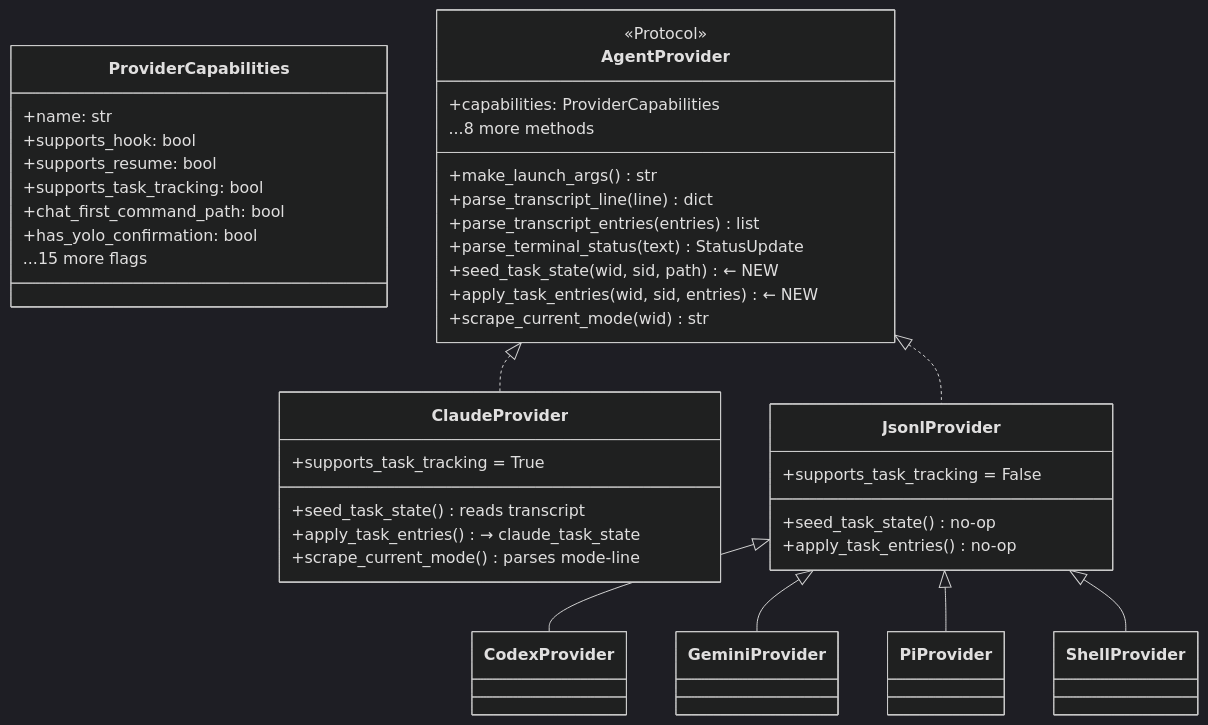
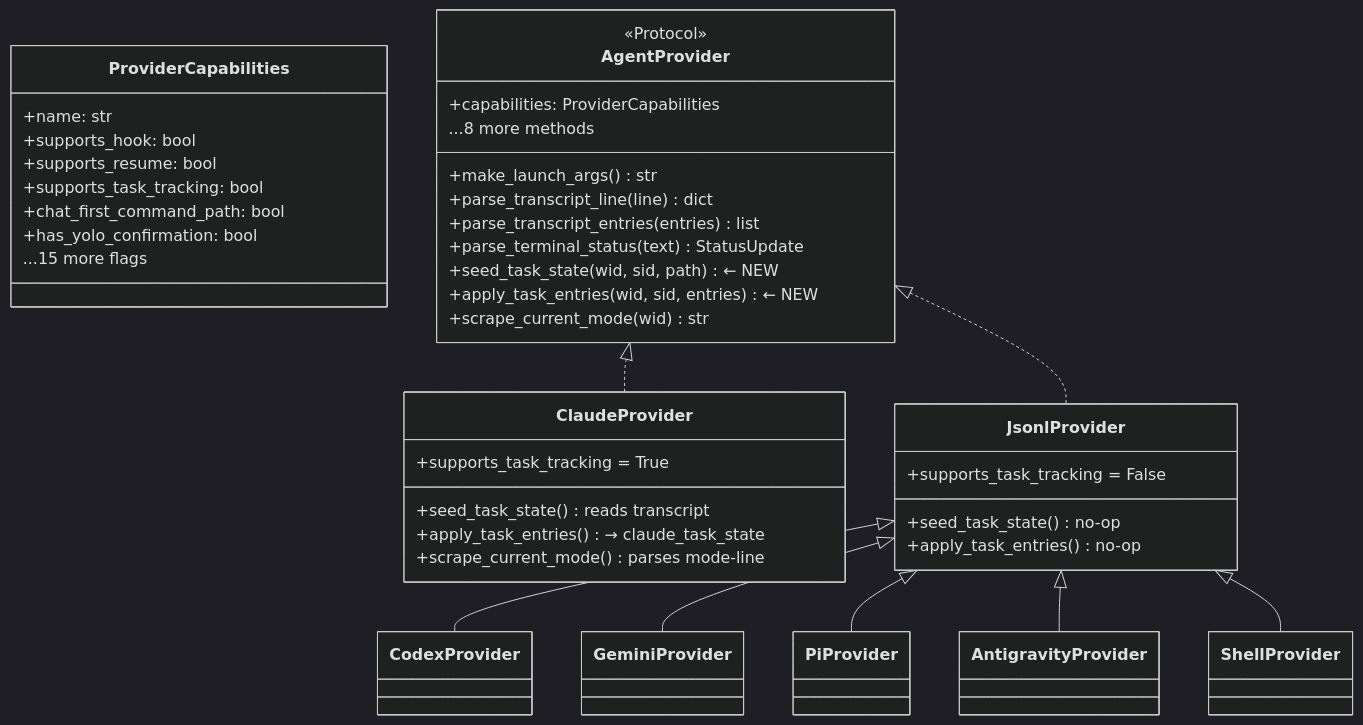
Before and after one commit to alexei-led/ccgram: the fourth of 8 diagrams in docs/architecture.md, drawn with Mermaid (dark theme). The commit also changed other lines of this file and 5 other files, not shown here.

````diff
--- a/docs/architecture.md
+++ b/docs/architecture.md
@@ -167,50 +167,52 @@
 ```mermaid
 classDiagram
     class ProviderCapabilities {
         +name: str
         +supports_hook: bool
         +supports_resume: bool
         +supports_task_tracking: bool
         +chat_first_command_path: bool
         +has_yolo_confirmation: bool
         ...15 more flags
     }
 
     class AgentProvider {
         <<Protocol>>
         +capabilities: ProviderCapabilities
         +make_launch_args() str
         +parse_transcript_line(line) dict
         +parse_transcript_entries(entries) list
         +parse_terminal_status(text) StatusUpdate
         +seed_task_state(wid, sid, path) ← NEW
         +apply_task_entries(wid, sid, entries) ← NEW
         +scrape_current_mode(wid) str
         ...8 more methods
     }
 
     class ClaudeProvider {
         +supports_task_tracking = True
         +seed_task_state() reads transcript
         +apply_task_entries() → claude_task_state
         +scrape_current_mode() parses mode-line
     }
 
     class JsonlProvider {
         +supports_task_tracking = False
         +seed_task_state() no-op
         +apply_task_entries() no-op
     }
 
     class CodexProvider
     class GeminiProvider
     class PiProvider
+    class AntigravityProvider
     class ShellProvider
 
     AgentProvider <|.. ClaudeProvider
     AgentProvider <|.. JsonlProvider
     JsonlProvider <|-- CodexProvider
     JsonlProvider <|-- GeminiProvider
     JsonlProvider <|-- PiProvider
+    JsonlProvider <|-- AntigravityProvider
     JsonlProvider <|-- ShellProvider
 ```
````
